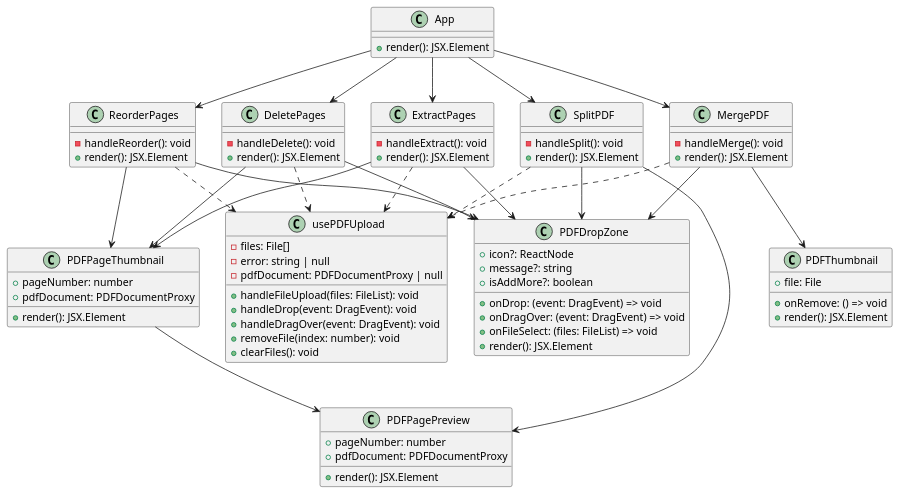
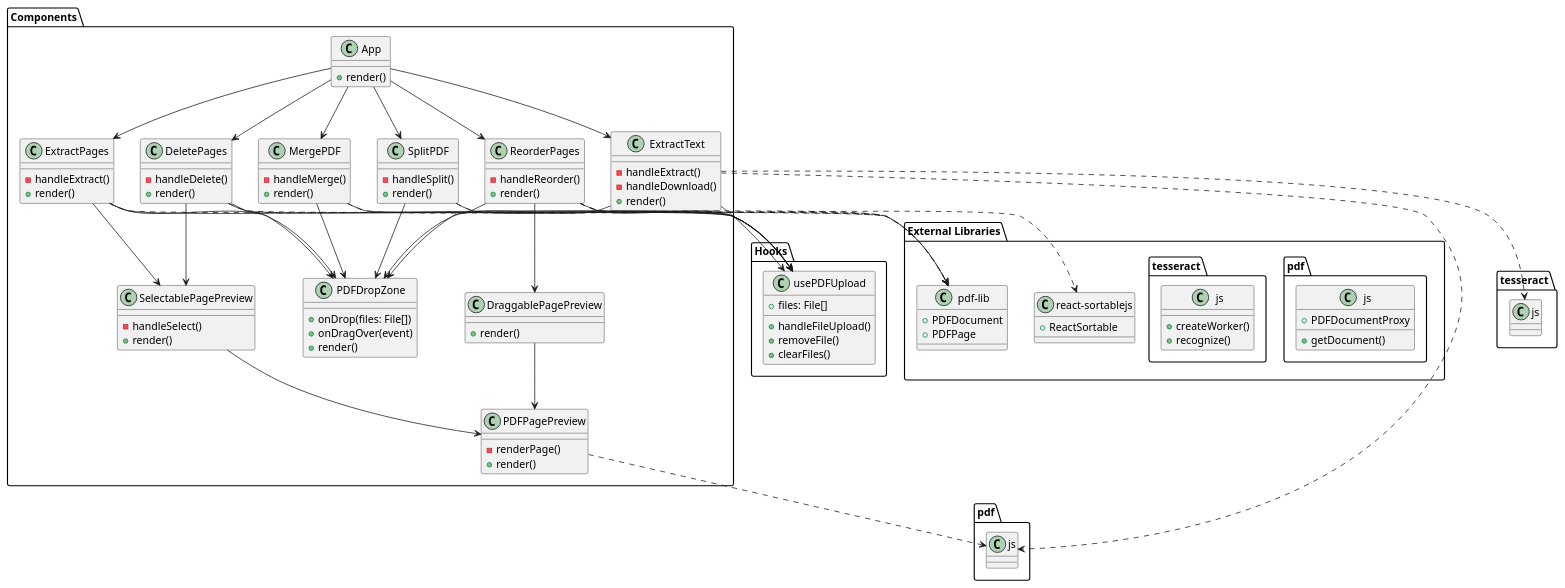
The diagram in materials/class_diagram.puml (Simpwell/pdfcomposer), drawn with PlantUML before and after one commit. The commit also changed 3 other files, not shown here.

Commit message:
Update UML diagrams and README for text extraction feature

```diff
--- a/materials/class_diagram.puml
+++ b/materials/class_diagram.puml
@@ -1,103 +1,129 @@
 @startuml
 
-' Components
-class App {
-  +render(): JSX.Element
+package "Components" {
+  class App {
+    +render()
+  }
+
+  class PDFDropZone {
+    +onDrop(files: File[])
+    +onDragOver(event)
+    +render()
+  }
+
+  class MergePDF {
+    -handleMerge()
+    +render()
+  }
+
+  class ReorderPages {
+    -handleReorder()
+    +render()
+  }
+
+  class DeletePages {
+    -handleDelete()
+    +render()
+  }
+
+  class ExtractPages {
+    -handleExtract()
+    +render()
+  }
+
+  class SplitPDF {
+    -handleSplit()
+    +render()
+  }
+
+  class ExtractText {
+    -handleExtract()
+    -handleDownload()
+    +render()
+  }
+
+  class PDFPagePreview {
+    -renderPage()
+    +render()
+  }
+
+  class DraggablePagePreview {
+    +render()
+  }
+
+  class SelectablePagePreview {
+    -handleSelect()
+    +render()
+  }
 }
 
-class PDFDropZone {
-  +onDrop: (event: DragEvent) => void
-  +onDragOver: (event: DragEvent) => void
-  +onFileSelect: (files: FileList) => void
-  +icon?: ReactNode
-  +message?: string
-  +isAddMore?: boolean
-  +render(): JSX.Element
+package "Hooks" {
+  class usePDFUpload {
+    +files: File[]
+    +handleFileUpload()
+    +removeFile()
+    +clearFiles()
+  }
 }
 
-class PDFPagePreview {
-  +pageNumber: number
-  +pdfDocument: PDFDocumentProxy
-  +render(): JSX.Element
+package "External Libraries" {
+  class "pdf-lib" {
+    +PDFDocument
+    +PDFPage
+  }
+
+  class "pdf.js" {
+    +getDocument()
+    +PDFDocumentProxy
+  }
+
+  class "react-sortablejs" {
+    +ReactSortable
+  }
+
+  class "tesseract.js" {
+    +createWorker()
+    +recognize()
+  }
 }
 
-class PDFPageThumbnail {
-  +pageNumber: number
-  +pdfDocument: PDFDocumentProxy
-  +render(): JSX.Element
-}
-
-class PDFThumbnail {
-  +file: File
-  +onRemove: () => void
-  +render(): JSX.Element
-}
-
-' Features
-class MergePDF {
-  -handleMerge(): void
-  +render(): JSX.Element
-}
-
-class ReorderPages {
-  -handleReorder(): void
-  +render(): JSX.Element
-}
-
-class DeletePages {
-  -handleDelete(): void
-  +render(): JSX.Element
-}
-
-class ExtractPages {
-  -handleExtract(): void
-  +render(): JSX.Element
-}
-
-class SplitPDF {
-  -handleSplit(): void
-  +render(): JSX.Element
-}
-
-' Hooks
-class usePDFUpload {
-  -files: File[]
-  -error: string | null
-  -pdfDocument: PDFDocumentProxy | null
-  +handleFileUpload(files: FileList): void
-  +handleDrop(event: DragEvent): void
-  +handleDragOver(event: DragEvent): void
-  +removeFile(index: number): void
-  +clearFiles(): void
-}
-
-' Relationships
 App --> MergePDF
 App --> ReorderPages
 App --> DeletePages
 App --> ExtractPages
 App --> SplitPDF
+App --> ExtractText
 
 MergePDF --> PDFDropZone
-MergePDF --> PDFThumbnail
-MergePDF ..> usePDFUpload
+ReorderPages --> PDFDropZone
+DeletePages --> PDFDropZone
+ExtractPages --> PDFDropZone
+SplitPDF --> PDFDropZone
+ExtractText --> PDFDropZone
 
-ReorderPages --> PDFDropZone
-ReorderPages --> PDFPageThumbnail
-ReorderPages ..> usePDFUpload
+ReorderPages --> DraggablePagePreview
+DeletePages --> SelectablePagePreview
+ExtractPages --> SelectablePagePreview
 
-DeletePages --> PDFDropZone
-DeletePages --> PDFPageThumbnail
-DeletePages ..> usePDFUpload
+DraggablePagePreview --> PDFPagePreview
+SelectablePagePreview --> PDFPagePreview
 
-ExtractPages --> PDFDropZone
-ExtractPages --> PDFPageThumbnail
-ExtractPages ..> usePDFUpload
+MergePDF ..> "pdf-lib"
+ReorderPages ..> "pdf-lib"
+DeletePages ..> "pdf-lib"
+ExtractPages ..> "pdf-lib"
+SplitPDF ..> "pdf-lib"
+ExtractText ..> "pdf.js"
+ExtractText ..> "tesseract.js"
 
-SplitPDF --> PDFDropZone
-SplitPDF --> PDFPagePreview
-SplitPDF ..> usePDFUpload
+PDFPagePreview ..> "pdf.js"
+ReorderPages ..> "react-sortablejs"
 
-PDFPageThumbnail --> PDFPagePreview
+MergePDF --> usePDFUpload
+ReorderPages --> usePDFUpload
+DeletePages --> usePDFUpload
+ExtractPages --> usePDFUpload
+SplitPDF --> usePDFUpload
+ExtractText --> usePDFUpload
 
 @enduml 
```
